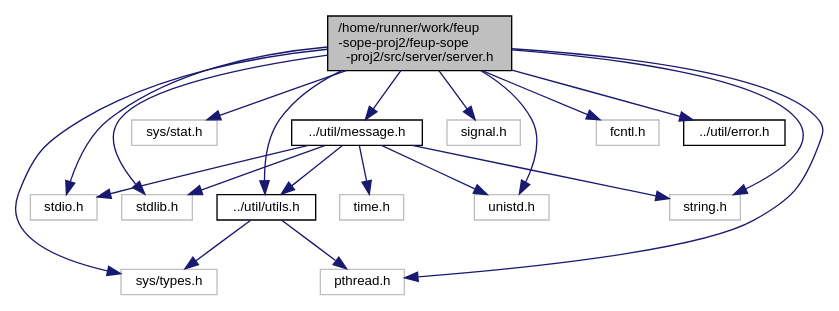
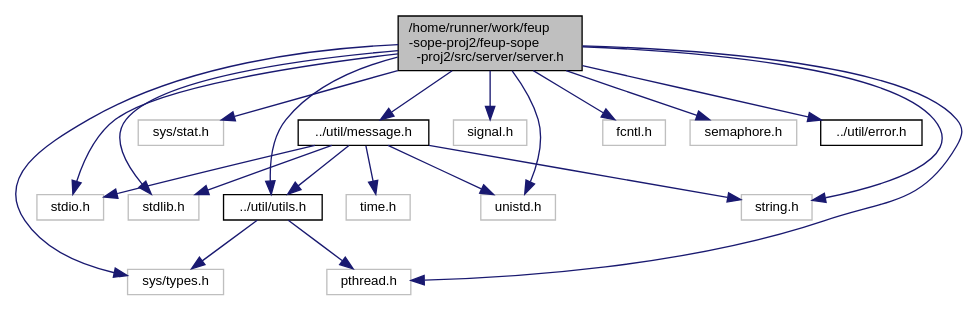
The diagram in server_8h__incl.dot (ctrlMarcio/feup-sope-proj2), drawn with Graphviz before and after one commit. The commit also changed 14 other files, not shown here.

```diff
--- a/server_8h__incl.dot
+++ b/server_8h__incl.dot
@@ -1,39 +1,41 @@
 digraph "/home/runner/work/feup-sope-proj2/feup-sope-proj2/src/server/server.h"
 {
   edge [fontname="Helvetica",fontsize="10",labelfontname="Helvetica",labelfontsize="10"];
   node [fontname="Helvetica",fontsize="10",shape=record];
   Node0 [label="/home/runner/work/feup\l-sope-proj2/feup-sope\l-proj2/src/server/server.h",height=0.2,width=0.4,color="black", fillcolor="grey75", style="filled", fontcolor="black"];
   Node0 -> Node1 [color="midnightblue",fontsize="10",style="solid",fontname="Helvetica"];
   Node1 [label="stdio.h",height=0.2,width=0.4,color="grey75", fillcolor="white", style="filled"];
   Node0 -> Node2 [color="midnightblue",fontsize="10",style="solid",fontname="Helvetica"];
   Node2 [label="stdlib.h",height=0.2,width=0.4,color="grey75", fillcolor="white", style="filled"];
   Node0 -> Node3 [color="midnightblue",fontsize="10",style="solid",fontname="Helvetica"];
   Node3 [label="sys/types.h",height=0.2,width=0.4,color="grey75", fillcolor="white", style="filled"];
   Node0 -> Node4 [color="midnightblue",fontsize="10",style="solid",fontname="Helvetica"];
   Node4 [label="sys/stat.h",height=0.2,width=0.4,color="grey75", fillcolor="white", style="filled"];
   Node0 -> Node5 [color="midnightblue",fontsize="10",style="solid",fontname="Helvetica"];
   Node5 [label="unistd.h",height=0.2,width=0.4,color="grey75", fillcolor="white", style="filled"];
   Node0 -> Node6 [color="midnightblue",fontsize="10",style="solid",fontname="Helvetica"];
   Node6 [label="string.h",height=0.2,width=0.4,color="grey75", fillcolor="white", style="filled"];
   Node0 -> Node7 [color="midnightblue",fontsize="10",style="solid",fontname="Helvetica"];
   Node7 [label="signal.h",height=0.2,width=0.4,color="grey75", fillcolor="white", style="filled"];
   Node0 -> Node8 [color="midnightblue",fontsize="10",style="solid",fontname="Helvetica"];
   Node8 [label="pthread.h",height=0.2,width=0.4,color="grey75", fillcolor="white", style="filled"];
   Node0 -> Node9 [color="midnightblue",fontsize="10",style="solid",fontname="Helvetica"];
   Node9 [label="fcntl.h",height=0.2,width=0.4,color="grey75", fillcolor="white", style="filled"];
   Node0 -> Node10 [color="midnightblue",fontsize="10",style="solid",fontname="Helvetica"];
-  Node10 [label="../util/error.h",height=0.2,width=0.4,color="black", fillcolor="white", style="filled",URL="$error_8h.html",tooltip="Defines the possible errors. "];
+  Node10 [label="semaphore.h",height=0.2,width=0.4,color="grey75", fillcolor="white", style="filled"];
   Node0 -> Node11 [color="midnightblue",fontsize="10",style="solid",fontname="Helvetica"];
-  Node11 [label="../util/utils.h",height=0.2,width=0.4,color="black", fillcolor="white", style="filled",URL="$utils_8h.html",tooltip="Provides useful functions, macros and constants. "];
-  Node11 -> Node3 [color="midnightblue",fontsize="10",style="solid",fontname="Helvetica"];
-  Node11 -> Node8 [color="midnightblue",fontsize="10",style="solid",fontname="Helvetica"];
+  Node11 [label="../util/error.h",height=0.2,width=0.4,color="black", fillcolor="white", style="filled",URL="$error_8h.html",tooltip="Defines the possible errors. "];
   Node0 -> Node12 [color="midnightblue",fontsize="10",style="solid",fontname="Helvetica"];
-  Node12 [label="../util/message.h",height=0.2,width=0.4,color="black", fillcolor="white", style="filled",URL="$message_8h.html",tooltip="Standard output and error message handling. "];
-  Node12 -> Node1 [color="midnightblue",fontsize="10",style="solid",fontname="Helvetica"];
-  Node12 -> Node2 [color="midnightblue",fontsize="10",style="solid",fontname="Helvetica"];
-  Node12 -> Node5 [color="midnightblue",fontsize="10",style="solid",fontname="Helvetica"];
-  Node12 -> Node13 [color="midnightblue",fontsize="10",style="solid",fontname="Helvetica"];
-  Node13 [label="time.h",height=0.2,width=0.4,color="grey75", fillcolor="white", style="filled"];
-  Node12 -> Node6 [color="midnightblue",fontsize="10",style="solid",fontname="Helvetica"];
-  Node12 -> Node11 [color="midnightblue",fontsize="10",style="solid",fontname="Helvetica"];
+  Node12 [label="../util/utils.h",height=0.2,width=0.4,color="black", fillcolor="white", style="filled",URL="$utils_8h.html",tooltip="Provides useful functions, macros and constants. "];
+  Node12 -> Node3 [color="midnightblue",fontsize="10",style="solid",fontname="Helvetica"];
+  Node12 -> Node8 [color="midnightblue",fontsize="10",style="solid",fontname="Helvetica"];
+  Node0 -> Node13 [color="midnightblue",fontsize="10",style="solid",fontname="Helvetica"];
+  Node13 [label="../util/message.h",height=0.2,width=0.4,color="black", fillcolor="white", style="filled",URL="$message_8h.html",tooltip="Standard output and error message handling. "];
+  Node13 -> Node1 [color="midnightblue",fontsize="10",style="solid",fontname="Helvetica"];
+  Node13 -> Node2 [color="midnightblue",fontsize="10",style="solid",fontname="Helvetica"];
+  Node13 -> Node5 [color="midnightblue",fontsize="10",style="solid",fontname="Helvetica"];
+  Node13 -> Node14 [color="midnightblue",fontsize="10",style="solid",fontname="Helvetica"];
+  Node14 [label="time.h",height=0.2,width=0.4,color="grey75", fillcolor="white", style="filled"];
+  Node13 -> Node6 [color="midnightblue",fontsize="10",style="solid",fontname="Helvetica"];
+  Node13 -> Node12 [color="midnightblue",fontsize="10",style="solid",fontname="Helvetica"];
 }
```
